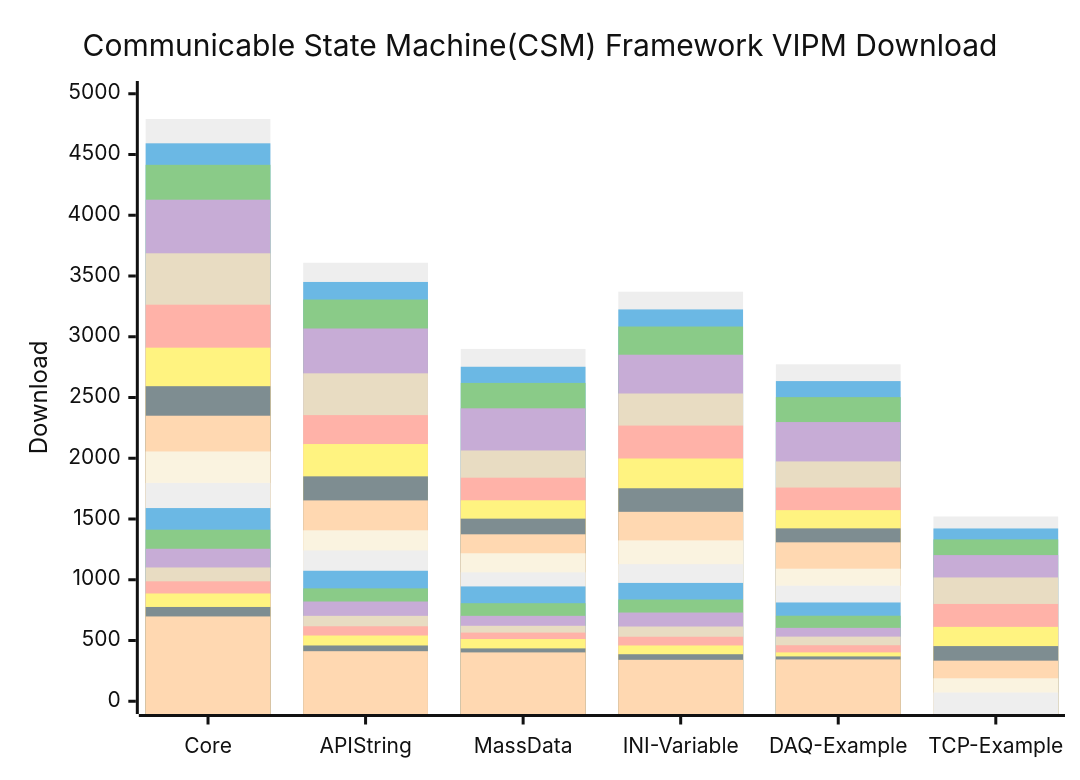
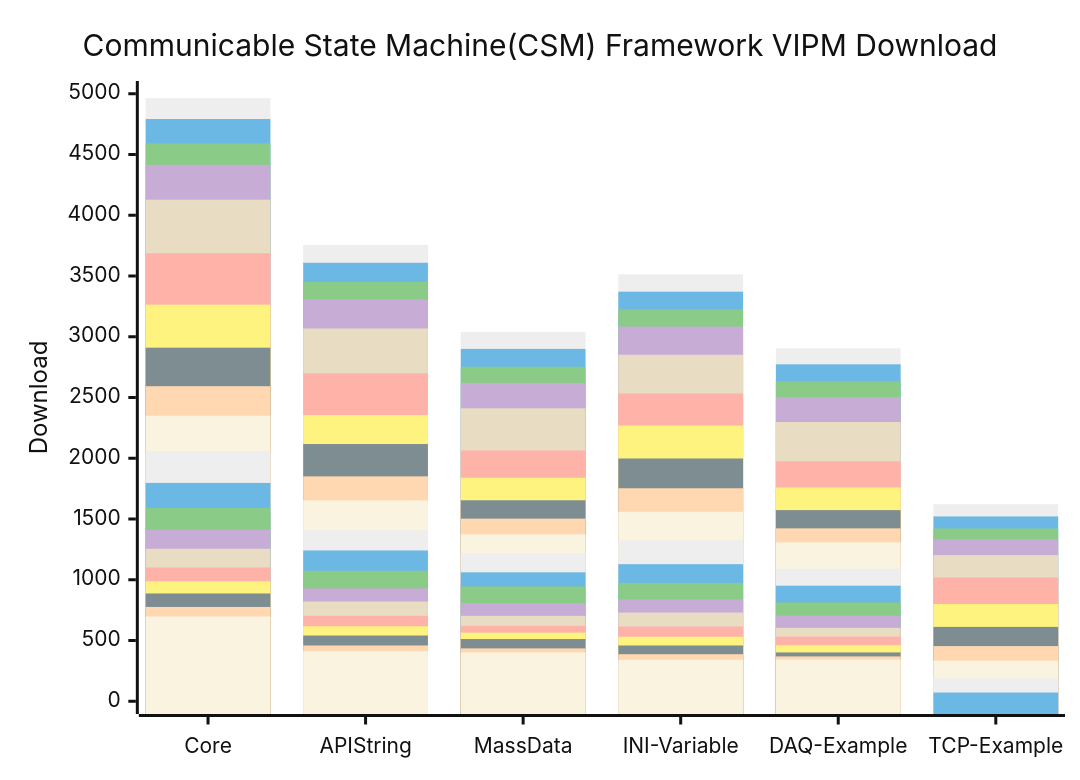
The diagram in profile/README.md (NEVSTOP-LAB/.github), drawn with Mermaid (neutral theme) before and after one commit.

````diff
--- a/profile/README.md
+++ b/profile/README.md
@@ -31,25 +31,26 @@
 ```mermaid
     xychart-beta
     title "Communicable State Machine(CSM) Framework VIPM Download"
     x-axis [Core, API String, MassData, INI-Variable, DAQ-Example, TCP-Example]
     y-axis "Download" 0 --> 5000
+    bar   [4964, 3756, 3039, 3514, 2905, 1622, 2026.01]
     bar   [4792, 3609, 2900, 3371, 2773, 1521, 2025.12]
     bar   [4592, 3451, 2753, 3225, 2635, 1422, 2025.11]
     bar   [4415, 3306, 2620, 3084, 2503, 1332, 2025.10]
     bar   [4128, 3068, 2411, 2852, 2298, 1203]
     bar   [3687, 2699, 2064, 2533, 1974, 1019]
     bar   [3264, 2355, 1840, 2269, 1759, 801]
     bar   [2910, 2117, 1654, 1998, 1573, 612]
     bar   [2593, 1851, 1503, 1753, 1423, 454]
     bar   [2350, 1653, 1374, 1559, 1308, 334]
     bar   [2056, 1407, 1218, 1324, 1091, 189]
     bar   [1797, 1241, 1061, 1128, 951, 72]
     bar   [1590, 1074, 945, 974, 813]
     bar   [1412, 929, 807, 837, 704]
     bar   [1255, 821, 703, 730, 604]
     bar   [1101, 703, 621, 615, 532]
     bar   [987, 617, 565, 531, 461]
     bar   [887, 541, 512, 459, 402]
     bar   [776, 459, 435, 387, 369]
     bar   [698, 412, 402, 341, 344]
 ```
````
